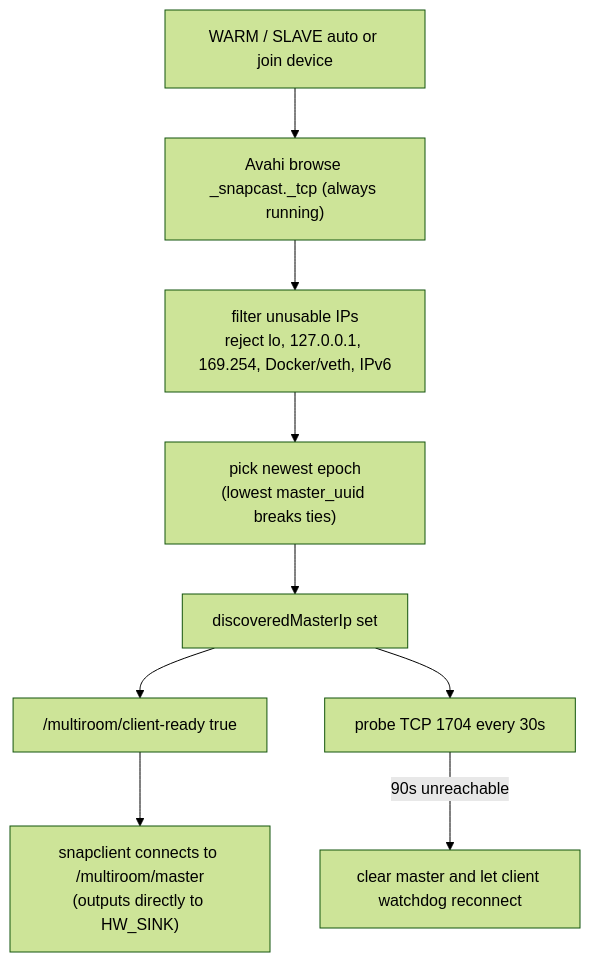
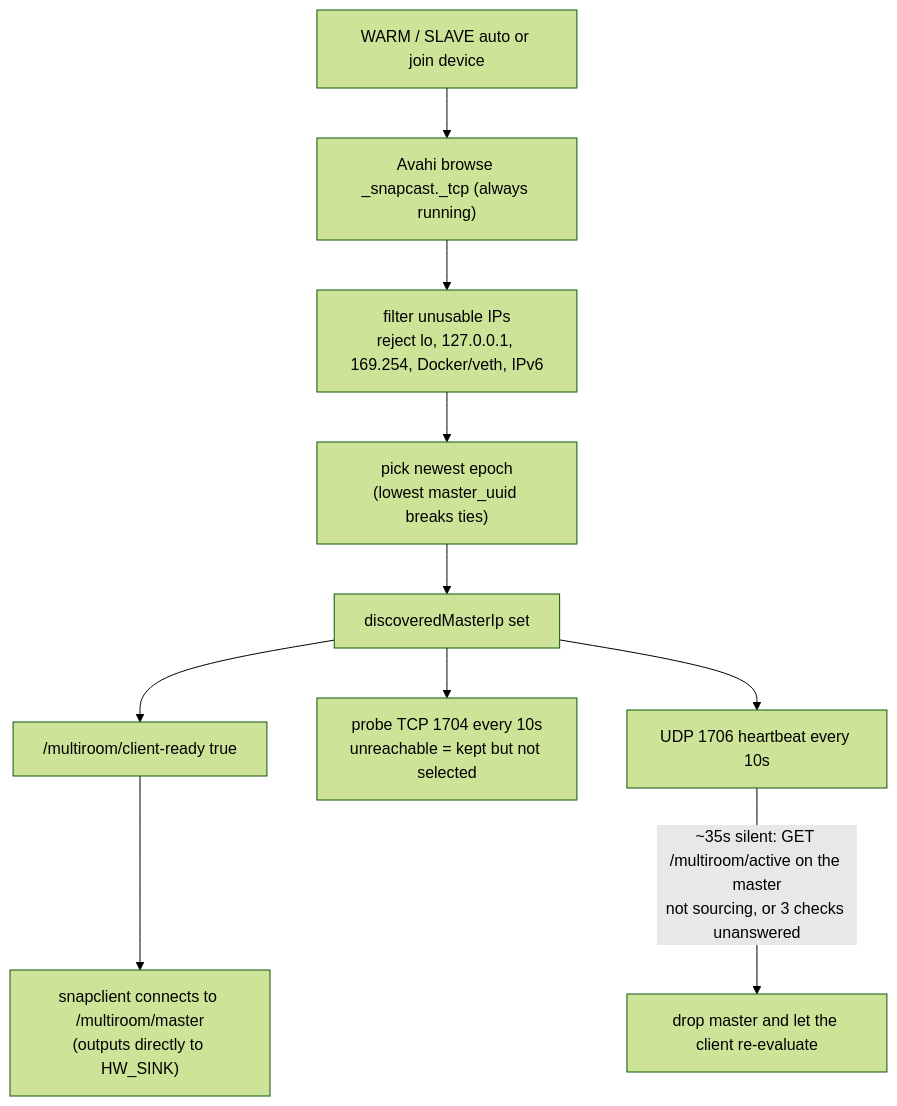
The seventh of 7 diagrams in docs/architecture/runtime-states.md (JaragonCR/iotsound), drawn with Mermaid (forest theme) before and after one commit. The commit also changed other lines of this file and 21 other files, not shown here.

````diff
--- a/docs/architecture/runtime-states.md
+++ b/docs/architecture/runtime-states.md
@@ -128,11 +129,12 @@
 ```mermaid
 flowchart TD
   IdleClient["WARM / SLAVE auto or join device"] --> Browse["Avahi browse _snapcast._tcp (always running)"]
   Browse --> Filter["filter unusable IPs\nreject lo, 127.0.0.1, 169.254, Docker/veth, IPv6"]
   Filter --> TieBreak["pick newest epoch\n(lowest master_uuid breaks ties)"]
   TieBreak --> Found["discoveredMasterIp set"]
   Found --> Ready["/multiroom/client-ready true"]
   Ready --> Snapclient["snapclient connects to /multiroom/master\n(outputs directly to HW_SINK)"]
-  Found --> TTL["probe TCP 1704 every 30s"]
-  TTL -->|90s unreachable| Clear["clear master and let client watchdog reconnect"]
+  Found --> TTL["probe TCP 1704 every 10s\nunreachable = kept but not selected"]
+  Found --> Beat["UDP 1706 heartbeat every 10s"]
+  Beat -->|"~35s silent: GET /multiroom/active on the master\nnot sourcing, or 3 checks unanswered"| Clear["drop master and let the client re-evaluate"]
 ```
````
